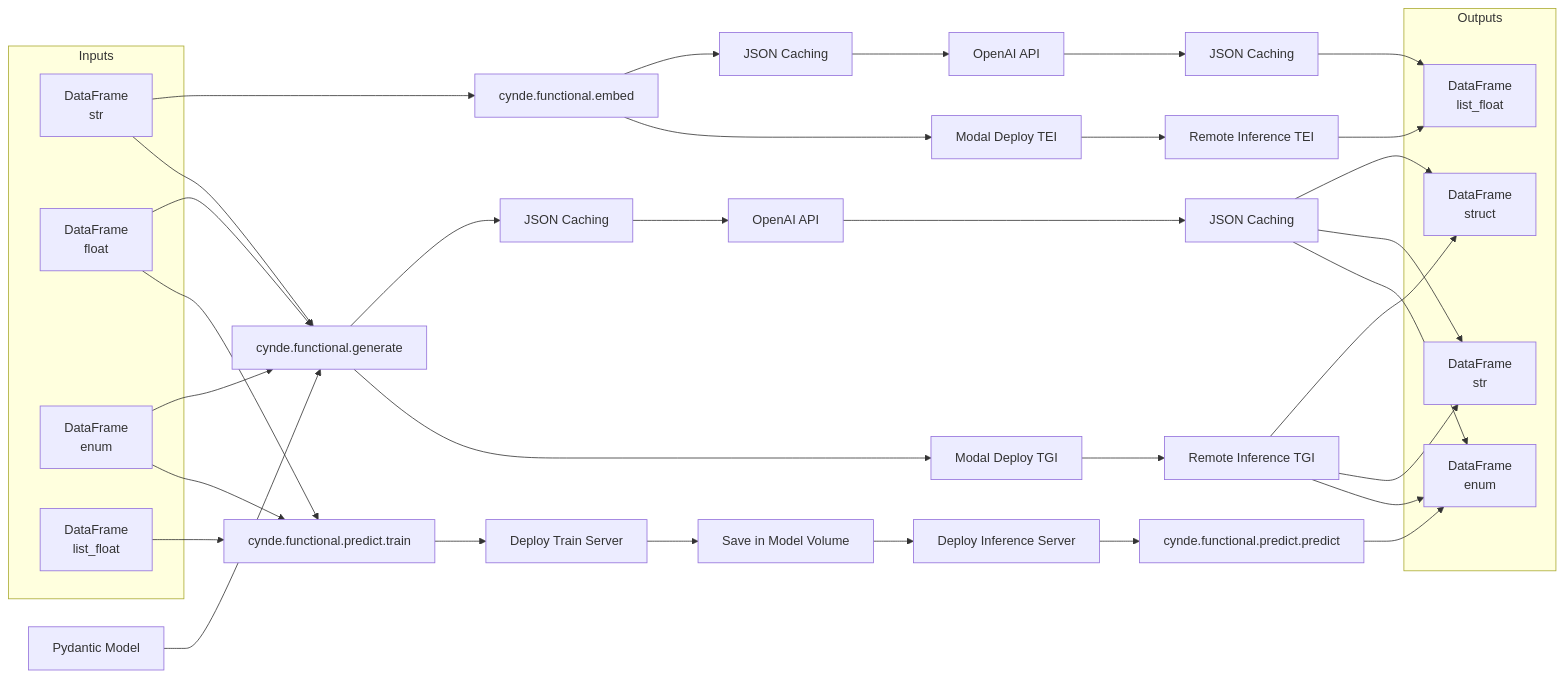
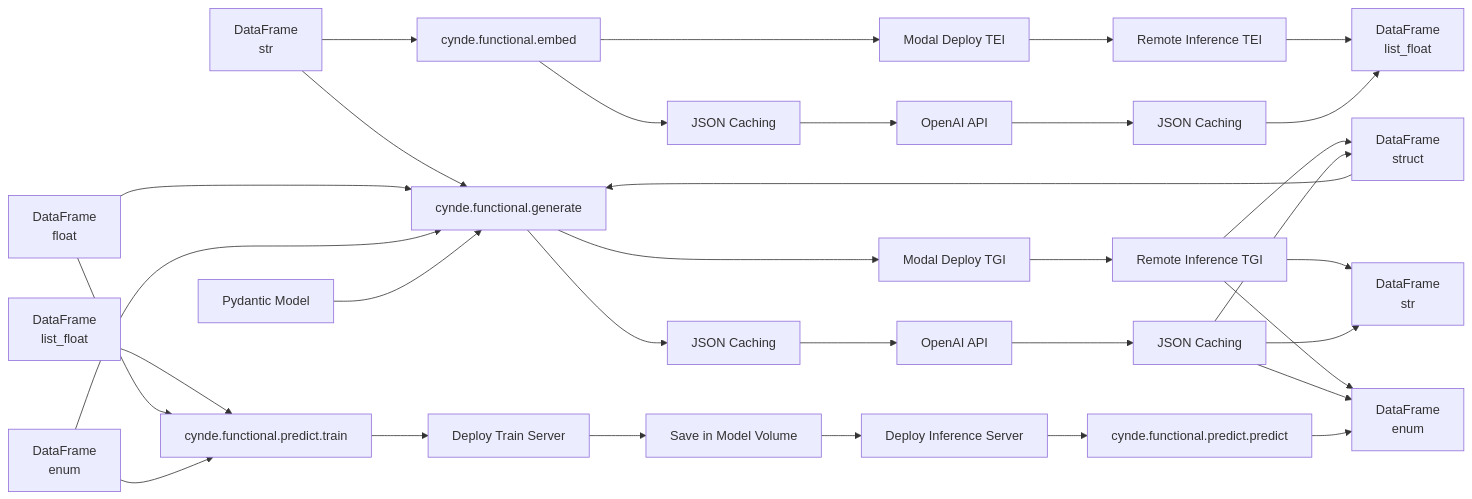
One commit to Neural-Dragon-AI/Cynde changed the diagram in drawings.md. Above: the diagram before and after it, drawn with Mermaid. The commit also changed other lines of this file, not shown here.

````diff
--- a/drawings.md
+++ b/drawings.md
@@ -3,52 +3,39 @@
 ```mermaid
 graph LR
-    subgraph Inputs
-        A[DataFrame<br>str]
-        D[DataFrame<br>float]
-        E[DataFrame<br>enum]
-        G[DataFrame<br>list_float]
-    end
-
-    subgraph Outputs
-        A2[DataFrame<br>str]
-        E2[DataFrame<br>enum]
-        N[DataFrame<br>list_float]
-        T[DataFrame<br>struct]
-    end
-
-    A --> B[cynde.functional.embed]
+    A[DataFrame<br>str] --> B[cynde.functional.embed]
     A --> C[cynde.functional.generate]
-    D --> C
-    E --> C
-    D --> F[cynde.functional.predict.train]
+    D[DataFrame<br>float] --> C
+    E[DataFrame<br>enum] --> C
+    G[DataFrame<br>list_float] --> F[cynde.functional.predict.train]
+    D --> F
     E --> F
-    G --> F
+    T[DataFrame<br>struct] --> C
 
     H[Pydantic Model] --> C
 
     B --> I[JSON Caching]
     B --> J[Modal Deploy TEI]
     I --> K[OpenAI API]
     J --> L[Remote Inference TEI]
     K --> M[JSON Caching]
-    L --> N
+    L --> N[DataFrame<br>list_float]
     M --> N
 
     C --> O[JSON Caching]
     C --> P[Modal Deploy TGI]
     O --> Q[OpenAI API]
     P --> R[Remote Inference TGI]
     Q --> S[JSON Caching]
     R --> T
-    R --> A2
-    R --> E2
+    R --> A2[DataFrame<br>str]
+    R --> E2[DataFrame<br>enum]
     S --> T
     S --> A2
     S --> E2
 
     F --> U[Deploy Train Server]
     U --> V[Save in Model Volume]
     V --> W[Deploy Inference Server]
     W --> X[cynde.functional.predict.predict]
     X --> E2
 ```
````
